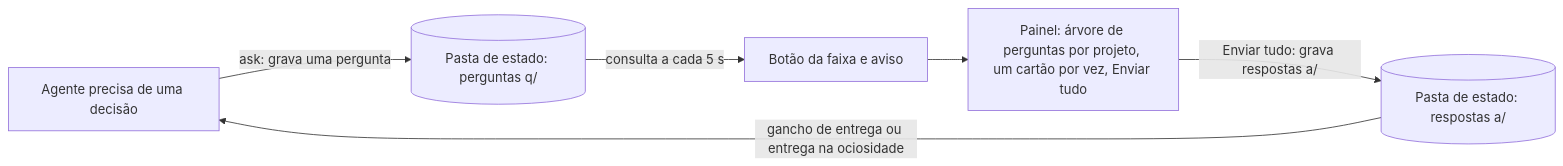
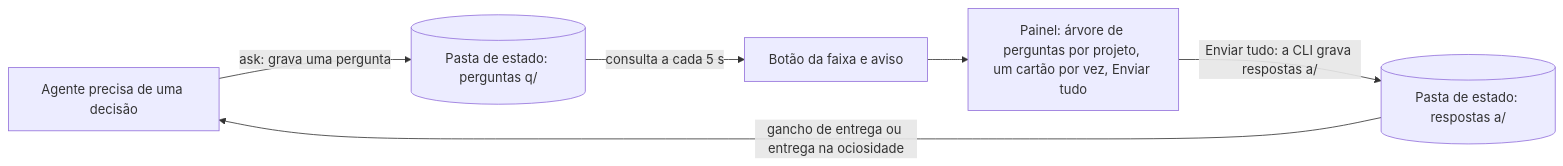
Before and after one commit to KeepGlide/askaway: the first of 2 diagrams in README.pt-BR.md, drawn with Mermaid. The commit also changed other lines of this file and 4 other files, not shown here.

First line of the commit message:
docs(askaway): document the card order, hotkeys, CLI and panel writer

````diff
--- a/README.pt-BR.md
+++ b/README.pt-BR.md
@@ -64,8 +62,8 @@
 ```mermaid
 flowchart LR
     agent["Agente precisa de uma decisão"] -->|"ask: grava uma pergunta"| folder[("Pasta de estado: perguntas q/")]
     folder -->|"consulta a cada 5 s"| band["Botão da faixa e aviso"]
     band --> panel["Painel: árvore de perguntas por projeto, um cartão por vez, Enviar tudo"]
-    panel -->|"Enviar tudo: grava respostas a/"| answers[("Pasta de estado: respostas a/")]
+    panel -->|"Enviar tudo: a CLI grava respostas a/"| answers[("Pasta de estado: respostas a/")]
     answers -->|"gancho de entrega ou entrega na ociosidade"| agent
 ```
````
